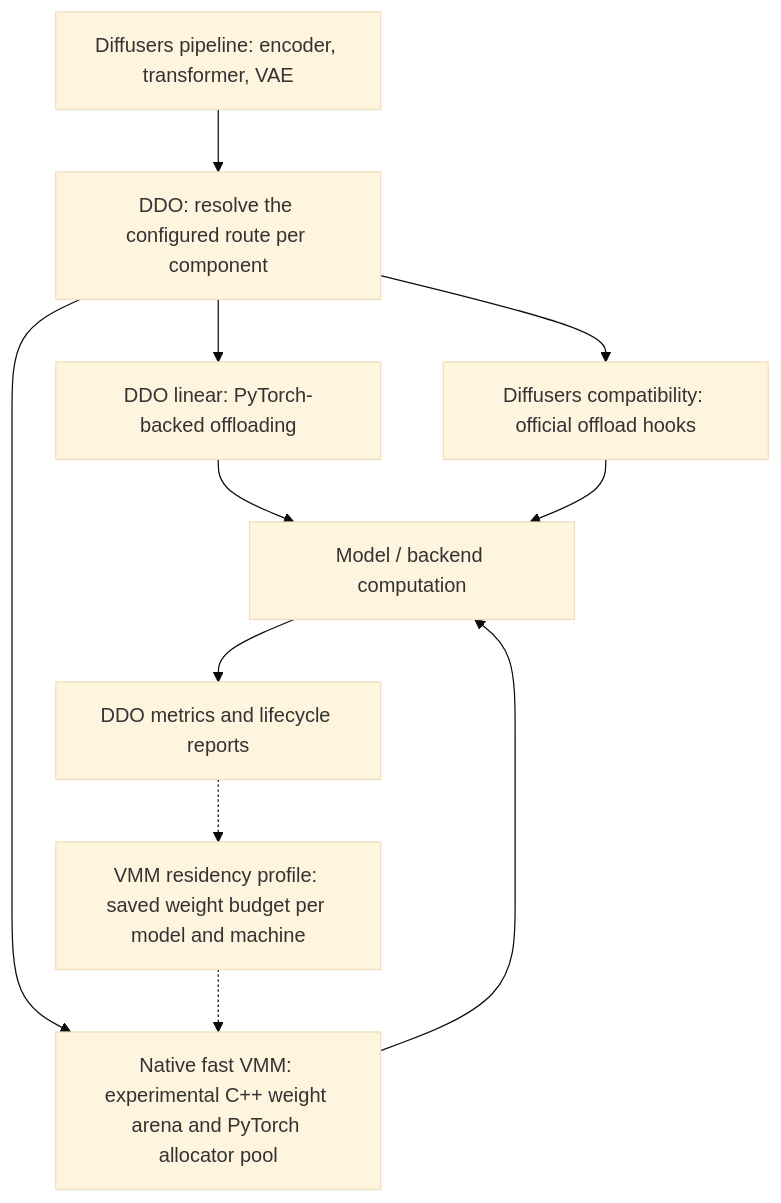
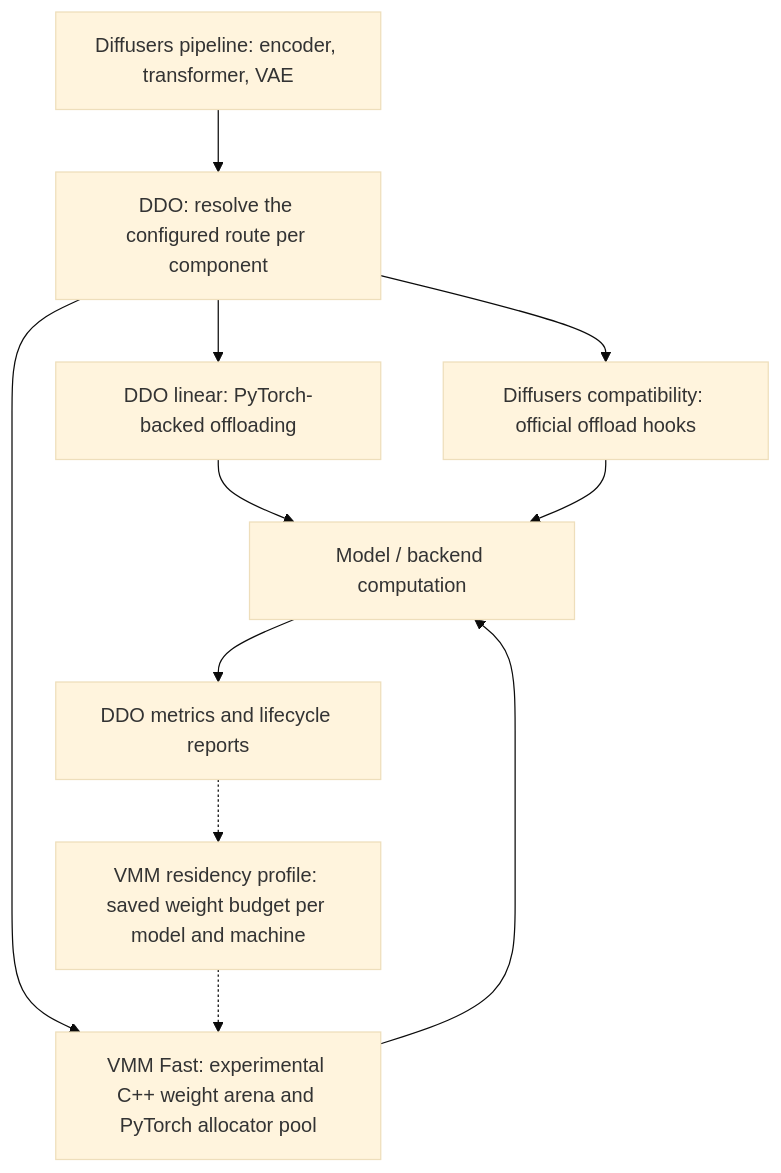
The diagram in README.md (DEVAIEXP/diffusers-dynamic-offloader), drawn with Mermaid (base theme) before and after one commit. The commit also changed other lines of this file and 23 other files, not shown here.

````diff
--- a/README.md
+++ b/README.md
@@ -49,15 +50,15 @@
 ```mermaid
 flowchart TB
     pipeline["Diffusers pipeline: encoder, transformer, VAE"]
     policy["DDO: resolve the configured route per component"]
     pipeline --> policy
     policy --> linear["DDO linear: PyTorch-backed offloading"]
-    policy --> native["Native fast VMM: experimental C++ weight arena and PyTorch allocator pool"]
+    policy --> native["VMM Fast: experimental C++ weight arena and PyTorch allocator pool"]
     policy --> compat["Diffusers compatibility: official offload hooks"]
     profile["VMM residency profile: saved weight budget per model and machine"] -.-> native
     linear --> compute["Model / backend computation"]
     native --> compute
     compat --> compute
     compute --> reports["DDO metrics and lifecycle reports"]
     reports -.-> profile
 ```
````
